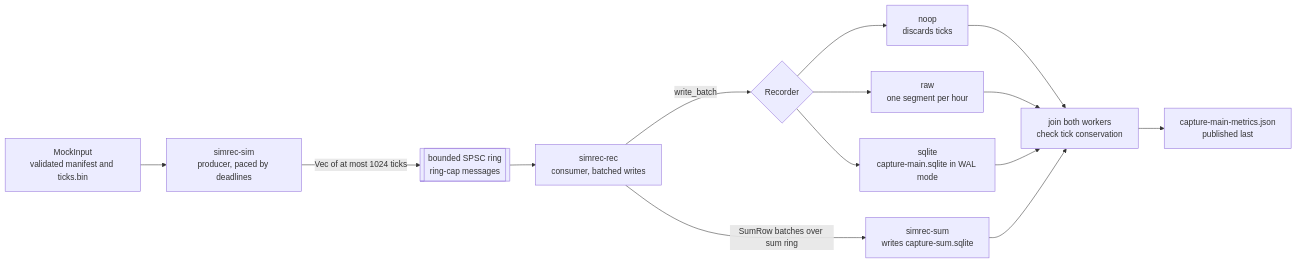
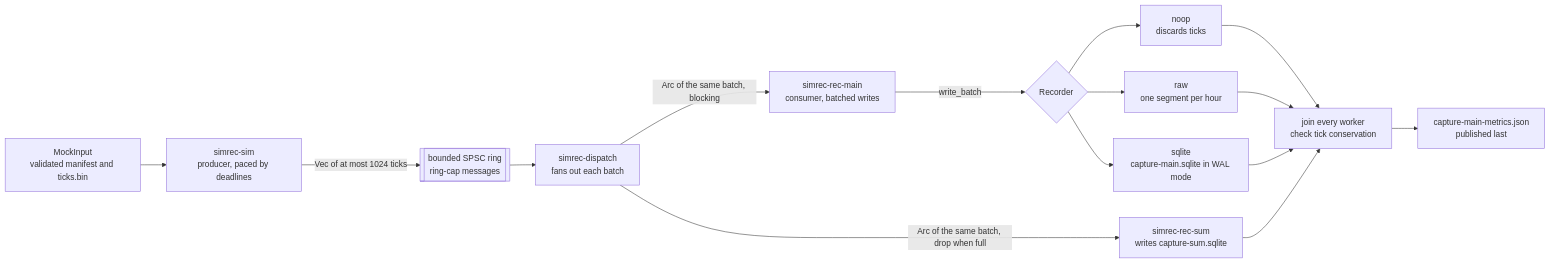
One commit to BriteSnow/rust-blueprint-quadcopter-flight-data changed the third of 5 diagrams in dev/spec-overall.md. Above: the diagram before and after it, drawn with Mermaid. The commit also changed other lines of this file and 58 other files, not shown here.

````diff
--- a/dev/spec-overall.md
+++ b/dev/spec-overall.md
@@ -71,16 +73,17 @@
 ```mermaid
 flowchart LR
   input["MockInput<br/>validated manifest and ticks.bin"] --> producer["simrec-sim<br/>producer, paced by deadlines"]
   producer -->|"Vec of at most 1024 ticks"| ring[["bounded SPSC ring<br/>ring-cap messages"]]
-  ring --> consumer["simrec-rec<br/>consumer, batched writes"]
+  ring --> dispatcher["simrec-dispatch<br/>fans out each batch"]
+  dispatcher -->|"Arc of the same batch, blocking"| consumer["simrec-rec-main<br/>consumer, batched writes"]
+  dispatcher -->|"Arc of the same batch, drop when full"| summary["simrec-rec-sum<br/>writes capture-sum.sqlite"]
   consumer -->|"write_batch"| recorder{"Recorder"}
   recorder --> noop["noop<br/>discards ticks"]
   recorder --> raw["raw<br/>one segment per hour"]
   recorder --> sqlite["sqlite<br/>capture-main.sqlite in WAL mode"]
-  consumer -->|"SumRow batches over sum ring"| summary["simrec-sum<br/>writes capture-sum.sqlite"]
-  noop --> finish["join both workers<br/>check tick conservation"]
+  noop --> finish["join every worker<br/>check tick conservation"]
   raw --> finish
   sqlite --> finish
   summary --> finish
   finish --> metrics["capture-main-metrics.json<br/>published last"]
 ```
````
